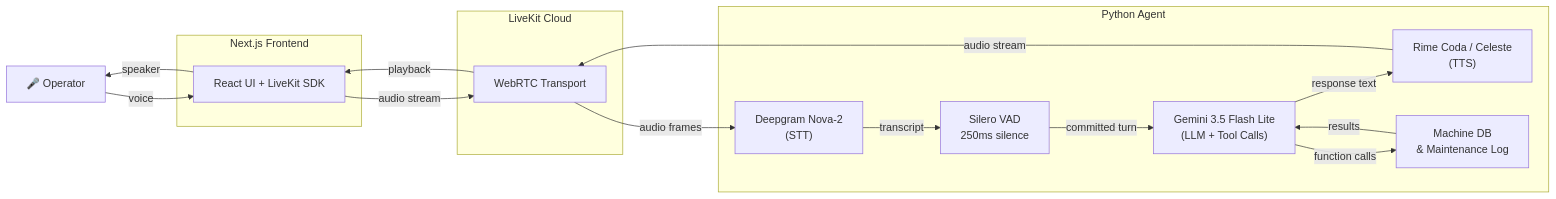
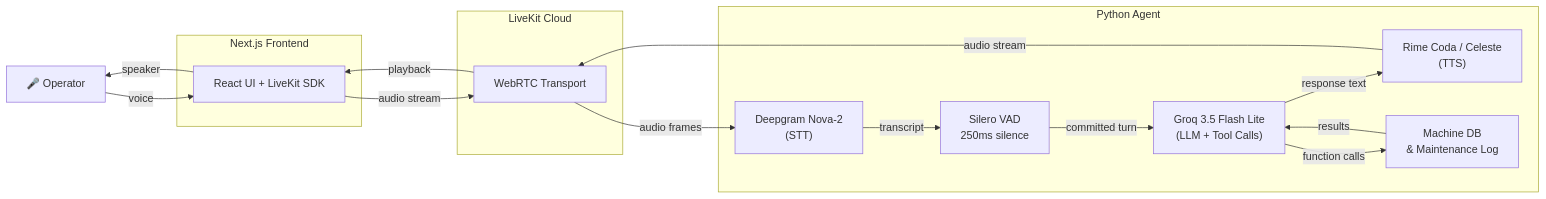
One commit to AbhinaySingh2/YieldPoint changed the diagram in README.md. Above: the diagram before and after it, drawn with Mermaid. The commit also changed other lines of this file and 3 other files, not shown here.

Commit message:
fix: update docs and env for Groq LLM instead of Gemini

````diff
--- a/README.md
+++ b/README.md
@@ -21,29 +21,29 @@
 ```mermaid
 flowchart LR
     Operator["🎤 Operator"]
     subgraph Frontend["Next.js Frontend"]
         UI["React UI + LiveKit SDK"]
     end
     subgraph Cloud["LiveKit Cloud"]
         WebRTC["WebRTC Transport"]
     end
     subgraph Backend["Python Agent"]
         STT["Deepgram Nova-2\n(STT)"]
         VAD["Silero VAD\n250ms silence"]
-        LLM["Gemini 3.5 Flash Lite\n(LLM + Tool Calls)"]
+        LLM["Groq 3.5 Flash Lite\n(LLM + Tool Calls)"]
         TTS["Rime Coda / Celeste\n(TTS)"]
         Tools["Machine DB\n& Maintenance Log"]
     end
 
     Operator -- "voice" --> UI
     UI -- "audio stream" --> WebRTC
     WebRTC -- "audio frames" --> STT
     STT -- "transcript" --> VAD
     VAD -- "committed turn" --> LLM
     LLM -- "function calls" --> Tools
     Tools -- "results" --> LLM
     LLM -- "response text" --> TTS
     TTS -- "audio stream" --> WebRTC
     WebRTC -- "playback" --> UI
     UI -- "speaker" --> Operator
 ```
````
